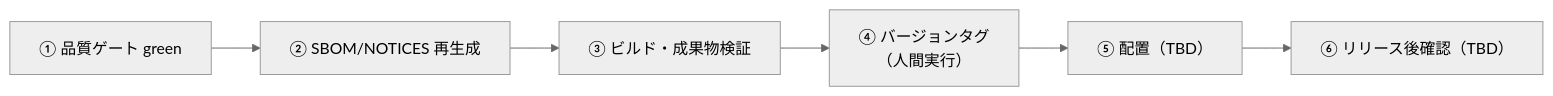
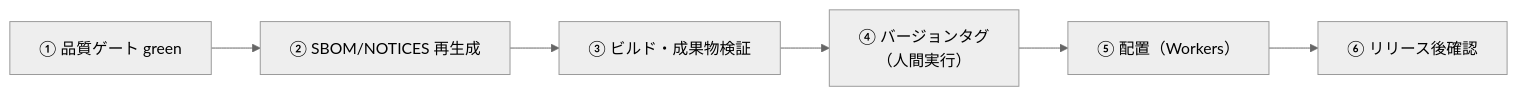
One commit to Kensan196948G/CivilDraft-Web-CAD changed the diagram in docs/operations/release-procedure.md. Above: the diagram before and after it, drawn with Mermaid (neutral theme). The commit also changed other lines of this file and 6 other files, not shown here.

````diff
--- a/docs/operations/release-procedure.md
+++ b/docs/operations/release-procedure.md
@@ -76,8 +76,8 @@
 ```mermaid
 flowchart LR
     A["① 品質ゲート green"] --> B["② SBOM/NOTICES 再生成"]
     B --> C["③ ビルド・成果物検証"]
     C --> D["④ バージョンタグ<br>（人間実行）"]
-    D --> E["⑤ 配置（TBD）"]
-    E --> F["⑥ リリース後確認（TBD）"]
+    D --> E["⑤ 配置（Workers）"]
+    E --> F["⑥ リリース後確認"]
 ```
````
